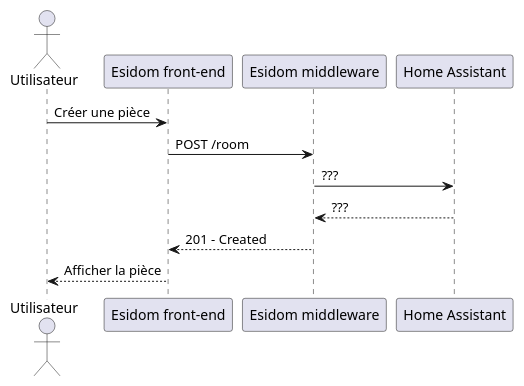
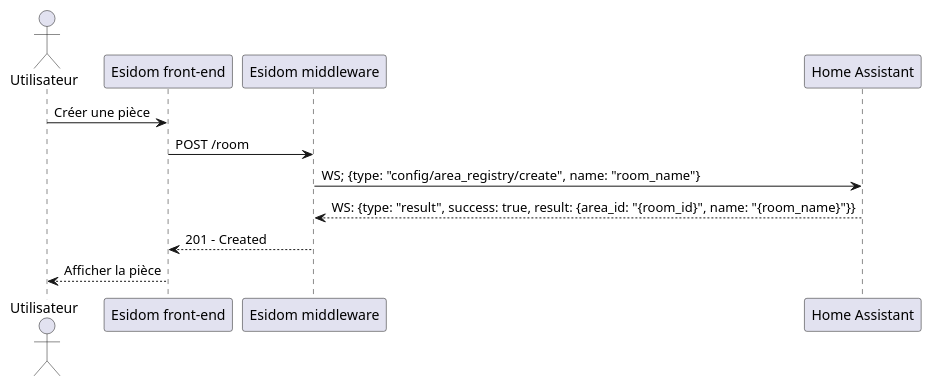
One commit to SKAVALT-io/esidom_doc changed the diagram in cdct/diagramme_de_sequence/plantuml/creer_piece.puml. Above: the diagram before and after it, drawn with PlantUML. The commit also changed 7 other files, not shown here.

Commit message:
docs(cdct): update sequence diagram

```diff
--- a/cdct/diagramme_de_sequence/plantuml/creer_piece.puml
+++ b/cdct/diagramme_de_sequence/plantuml/creer_piece.puml
@@ -1,15 +1,15 @@
 @startuml créer pièce
 
 actor "Utilisateur" as u
 participant "Esidom front-end" as fe
 participant "Esidom middleware" as m
 participant "Home Assistant" as ha
 
 u -> fe: Créer une pièce
 fe -> m: POST /room
-m -> ha: ???
-ha --> m: ???
+m -> ha: WS; {type: "config/area_registry/create", name: "room_name"}
+ha --> m: WS: {type: "result", success: true, result: {area_id: "{room_id}", name: "{room_name}"}}
 m --> fe: 201 - Created
 fe --> u: Afficher la pièce
 
 @enduml
```
